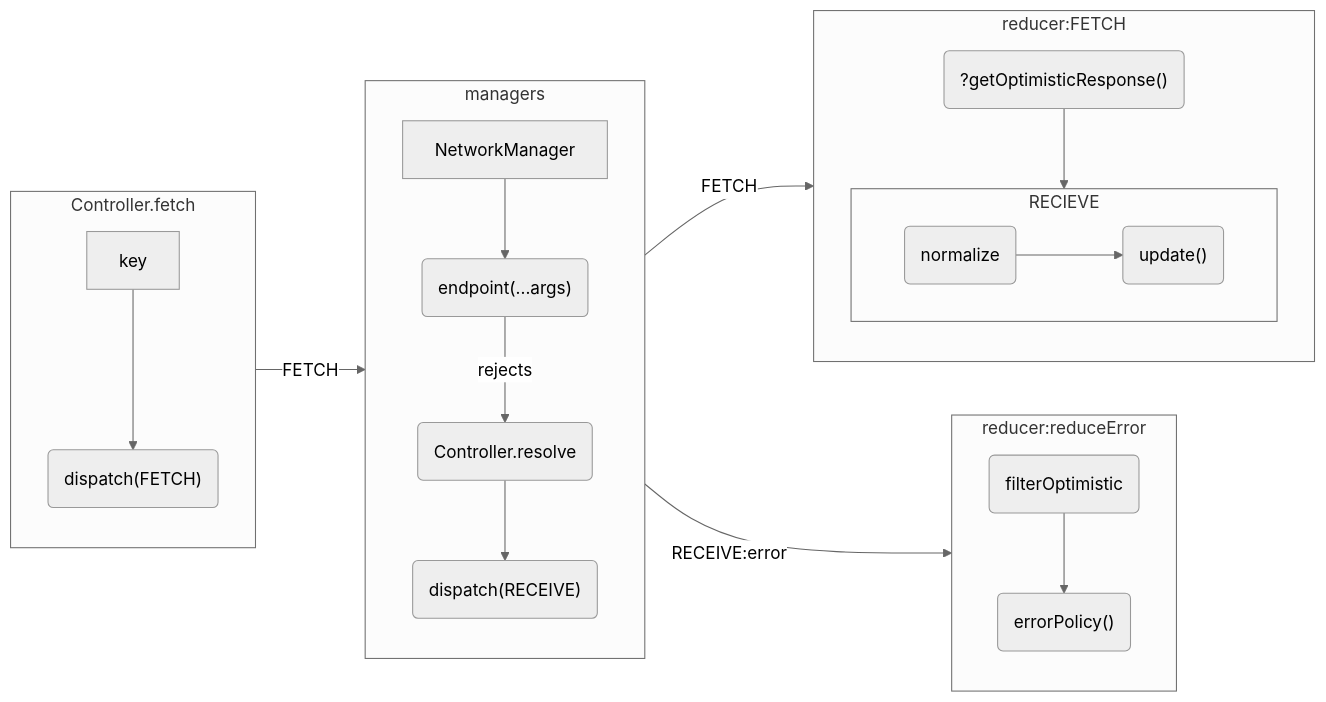
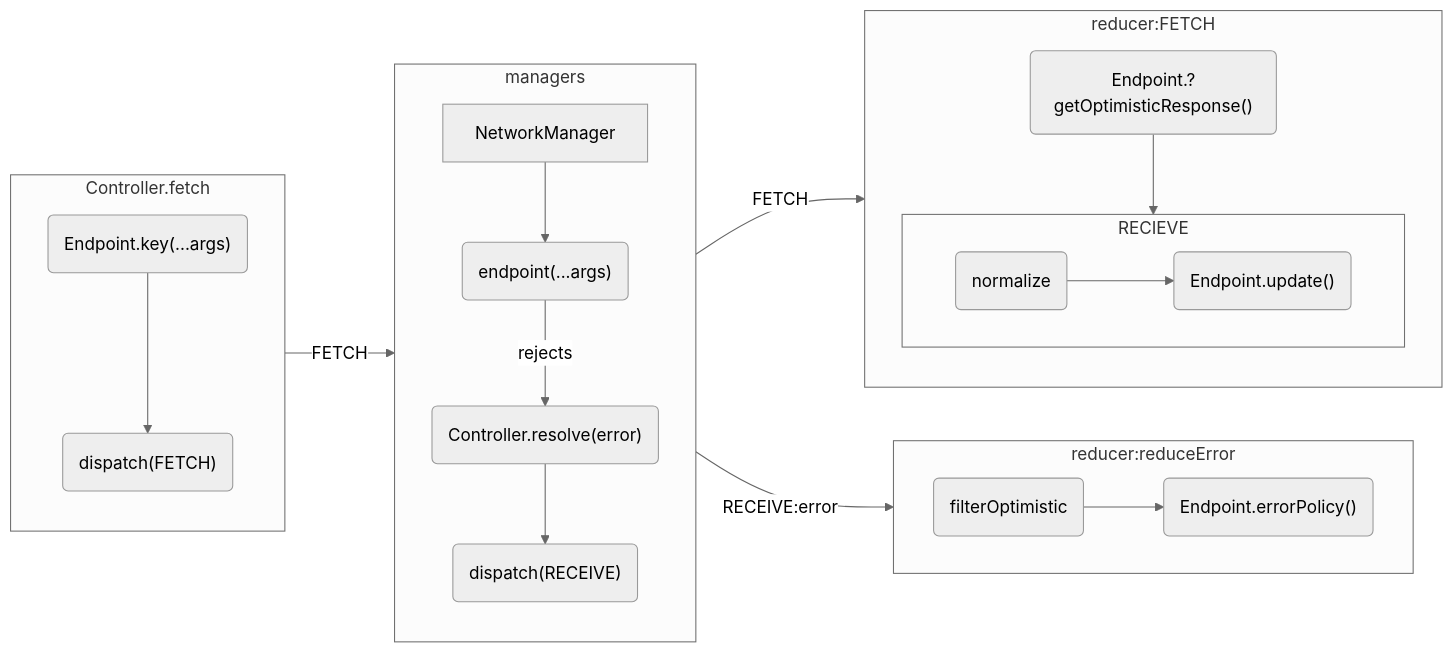
One commit to reactive/data-client changed the second of 2 diagrams in docs/rest/api/Endpoint.md. Above: the diagram before and after it, drawn with Mermaid (neutral theme). The commit also changed other lines of this file and 10 other files, not shown here.

````diff
--- a/docs/rest/api/Endpoint.md
+++ b/docs/rest/api/Endpoint.md
@@ -143,29 +144,30 @@
 ```mermaid
 flowchart LR
   subgraph Controller.fetch
     direction TB
-    key--->dispatch("dispatch(FETCH)")
+    key("Endpoint.key(...args)")--->dispatch("dispatch(FETCH)")
   end
   subgraph managers
     NetworkManager-->endpoint("endpoint(...args)")
     endpoint--rejects-->Controller.resolve
-    Controller.resolve(Controller.resolve)-->dispatchR("dispatch(RECEIVE)")
+    Controller.resolve("Controller.resolve(error)")-->dispatchR("dispatch(RECEIVE)")
   end
   managers--FETCH-->reducer:FETCH
   Controller.fetch--FETCH-->managers
   subgraph reducer:FETCH
-    getOptimisticResponse("?getOptimisticResponse()")-->RECIEVE
+    optimistic("Endpoint.?getOptimisticResponse()")-->RECIEVE
     subgraph RECIEVE
-      normalize(normalize)-->update("update()")
+      normalize(normalize)-->update("Endpoint.update()")
     end
   end
   subgraph reducer:reduceError
-    filterOptimistic(filterOptimistic)-->errorPolicy("errorPolicy()")
+    direction LR
+    filterOptimistic(filterOptimistic)-->errorPolicy("Endpoint.errorPolicy()")
   end
   managers--RECEIVE:error-->reducer:reduceError
   click key "#key"
-  click NetworkManager /docs/api/NetworkManager
-  click getOptimisticResponse #getoptimisticresponse
-  click update #update
-  click errorPolicy #errorpolicy
+  click optimistic "#getoptimisticresponse"
+  click update "#update"
+  click errorPolicy "#errorpolicy"
+  click NetworkManager "/docs/api/NetworkManager"
 ```
````
